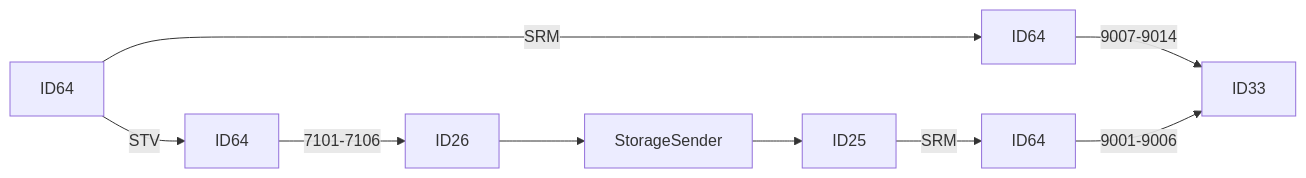
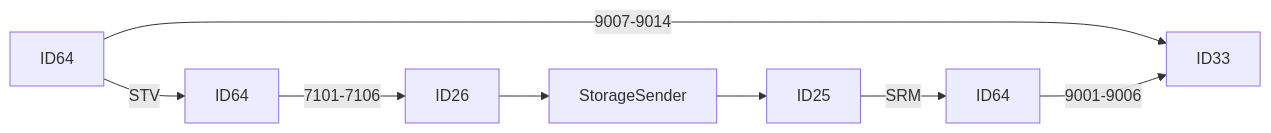
The third of 24 diagrams in Basic-Design/DFD-WMS/Storage/Unplanned-Storage/Unplanned-Storage-from-HP.md (luthfiadityaa/SimeDarby-Wiki), drawn with Mermaid before and after one commit.

Commit message:
Updated Unplanned Storage from HP

```diff
--- a/Basic-Design/DFD-WMS/Storage/Unplanned-Storage/Unplanned-Storage-from-HP.md
+++ b/Basic-Design/DFD-WMS/Storage/Unplanned-Storage/Unplanned-Storage-from-HP.md
@@ -29,8 +29,7 @@
 ::: mermaid
-flowchart LR
-P18[ID64]--> |SRM| P13[ID64]  
+flowchart LR 
 P18[ID64]--> |STV| P19[ID64]--> |7101-7106| P20[ID26]-->P21[StorageSender]-->P22[ID25]--> |SRM| P23[ID64]
 
-P13[ID64]--> |9007-9014| P14[ID33]
+P18[ID64]--> |9007-9014| P14[ID33]
 P23[ID64]--> |9001-9006|P14[ID33]
 :::
```
